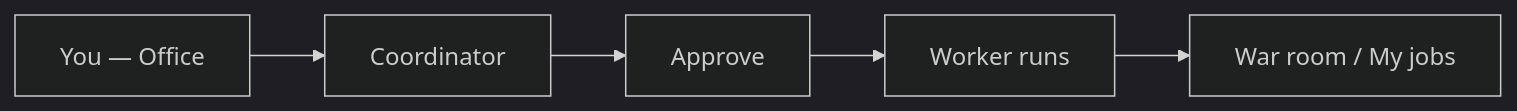
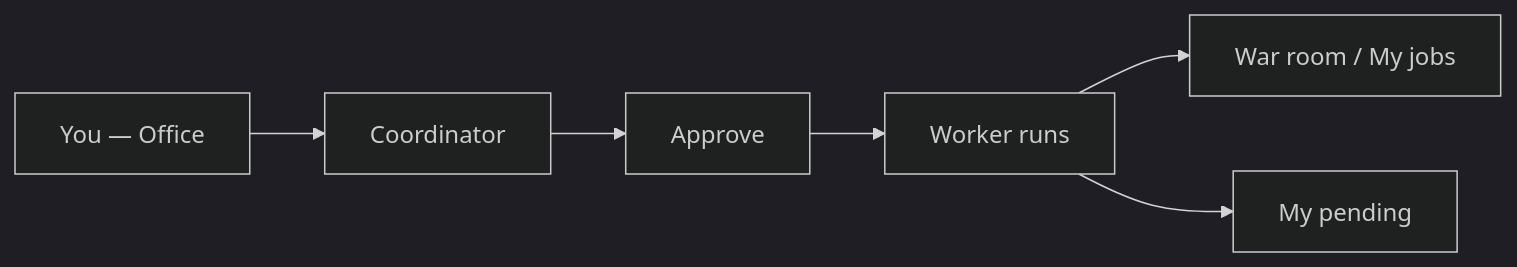
The first of 2 diagrams in frontend/src/content/help/tutorial.en.md (kreodevs/ia-company), drawn with Mermaid (dark theme) before and after one commit. The commit also changed other lines of this file and 26 other files, not shown here.

````diff
--- a/frontend/src/content/help/tutorial.en.md
+++ b/frontend/src/content/help/tutorial.en.md
@@ -60,7 +61,8 @@
 ```mermaid
 flowchart LR
   A[You — Office] --> B[Coordinator]
   B --> C[Approve]
   C --> D[Worker runs]
   D --> E[War room / My jobs]
+  D --> F[My pending]
 ```
````
